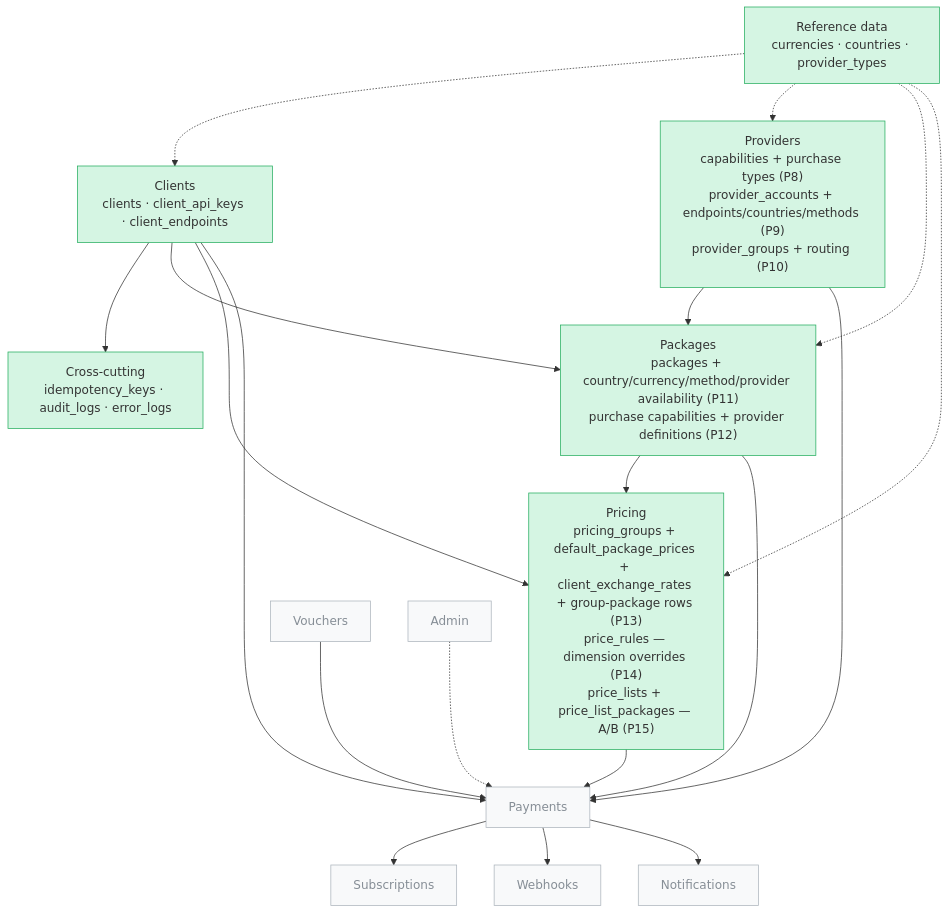
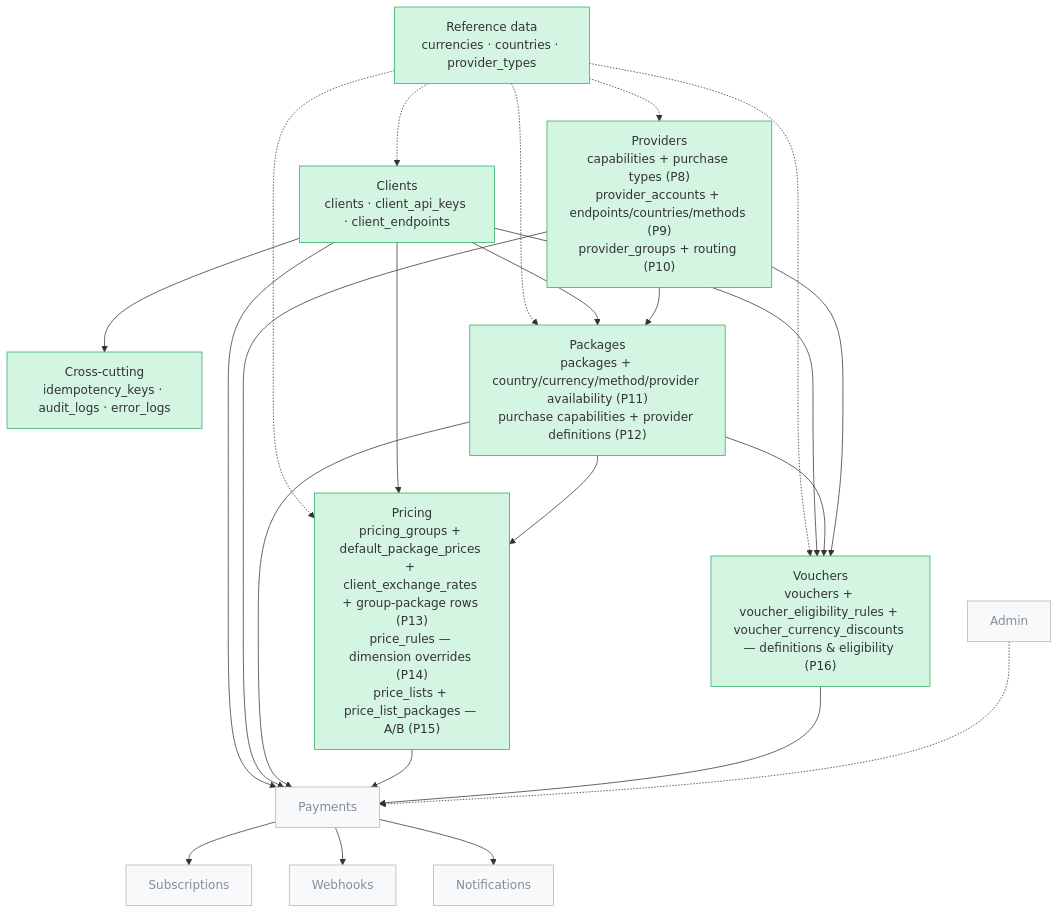
The first of 14 diagrams in .claude/docs/database-diagram.md (mahsashahi/Gomrok), drawn with Mermaid before and after one commit. The commit also changed other lines of this file and 72 other files, not shown here.

````diff
--- a/.claude/docs/database-diagram.md
+++ b/.claude/docs/database-diagram.md
@@ -9,32 +9,37 @@
 ```mermaid
 flowchart TD
     Ref["Reference data<br/>currencies · countries · provider_types"]
     Xc["Cross-cutting<br/>idempotency_keys · audit_logs · error_logs"]
     Clients["Clients<br/>clients · client_api_keys · client_endpoints"]
     Providers["Providers<br/>capabilities + purchase types (P8)<br/>provider_accounts + endpoints/countries/methods (P9)<br/>provider_groups + routing (P10)"]
     Packages["Packages<br/>packages + country/currency/method/provider availability (P11)<br/>purchase capabilities + provider definitions (P12)"]
     Pricing["Pricing<br/>pricing_groups + default_package_prices + client_exchange_rates + group-package rows (P13)<br/>price_rules — dimension overrides (P14)<br/>price_lists + price_list_packages — A/B (P15)"]
+    Vouchers["Vouchers<br/>vouchers + voucher_eligibility_rules + voucher_currency_discounts — definitions & eligibility (P16)"]
     Ref -.-> Clients
     Ref -.-> Providers
     Ref -.-> Packages
     Ref -.-> Pricing
+    Ref -.-> Vouchers
     Clients --> Xc
     Clients --> Packages
     Providers --> Packages
     Clients --> Pricing
     Packages --> Pricing
+    Clients --> Vouchers
+    Packages --> Vouchers
+    Providers --> Vouchers
     Clients --> Payments
     Providers --> Payments
     Packages --> Payments
     Pricing --> Payments
     Vouchers --> Payments
     Payments --> Subscriptions
     Payments --> Webhooks
     Payments --> Notifications
     Admin -.-> Payments
 
     classDef done fill:#d5f5e3,stroke:#27ae60;
     classDef todo fill:#f8f9fa,stroke:#adb5bd,color:#868e96;
-    class Ref,Xc,Clients,Providers,Packages,Pricing done;
-    class Vouchers,Payments,Subscriptions,Webhooks,Notifications,Admin todo;
+    class Ref,Xc,Clients,Providers,Packages,Pricing,Vouchers done;
+    class Payments,Subscriptions,Webhooks,Notifications,Admin todo;
 ```
````
